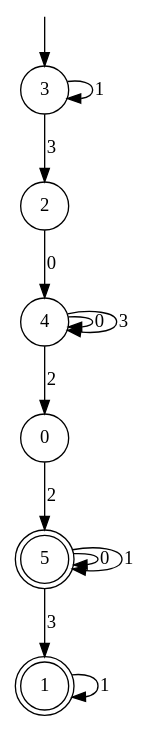
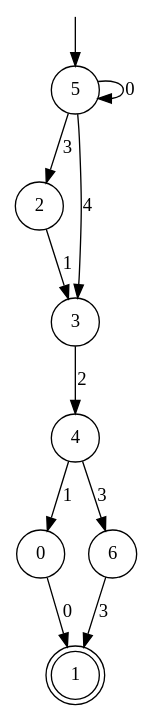
The diagram in automaton_to_regex/automaton.dot (xinqin23/ShapeIt), drawn with Graphviz before and after one commit. The commit also changed 6 other files, not shown here.

```diff
--- a/automaton_to_regex/automaton.dot
+++ b/automaton_to_regex/automaton.dot
@@ -1,24 +1,23 @@
 digraph g {
 
 	s0 [shape="circle" label="0"];
 	s1 [shape="doublecircle" label="1"];
 	s2 [shape="circle" label="2"];
 	s3 [shape="circle" label="3"];
 	s4 [shape="circle" label="4"];
-	s5 [shape="doublecircle" label="5"];
-	s0 -> s5 [label="2"];
-	s1 -> s1 [label="1"];
-	s2 -> s4 [label="0"];
-	s3 -> s3 [label="1"];
-	s3 -> s2 [label="3"];
-	s4 -> s4 [label="0"];
-	s4 -> s0 [label="2"];
-	s4 -> s4 [label="3"];
+	s5 [shape="circle" label="5"];
+	s6 [shape="circle" label="6"];
+	s0 -> s1 [label="0"];
+	s2 -> s3 [label="1"];
+	s3 -> s4 [label="2"];
+	s4 -> s0 [label="1"];
+	s4 -> s6 [label="3"];
 	s5 -> s5 [label="0"];
-	s5 -> s5 [label="1"];
-	s5 -> s1 [label="3"];
+	s5 -> s2 [label="3"];
+	s5 -> s3 [label="4"];
+	s6 -> s1 [label="3"];
 
 __start0 [label="" shape="none" width="0" height="0"];
-__start0 -> s3;
+__start0 -> s5;
 
 }
```
